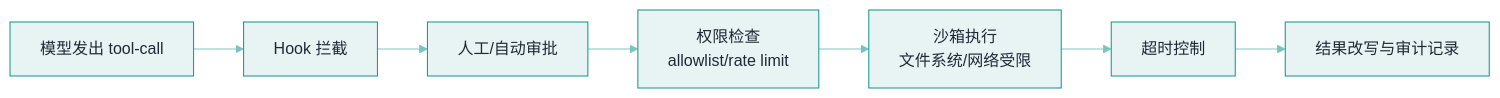
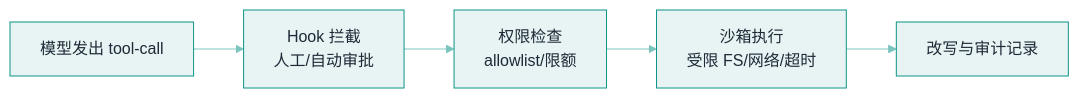
Before and after one commit to funny8kids/ai-agent-handbook: the diagram in docs/05-tool-protocol/tool-permission-sandbox.md, drawn with Mermaid. The commit also changed other lines of this file and 45 other files, not shown here.

First line of the commit message:
Thicken 12 thin pages, clear 25 over-width diagrams, re-proportion 10 thin-ribbon diagrams

````diff
--- a/docs/05-tool-protocol/tool-permission-sandbox.md
+++ b/docs/05-tool-protocol/tool-permission-sandbox.md
@@ -25,10 +25,8 @@
 ```mermaid
 %%{init: {"theme":"base","themeVariables":{"primaryColor":"#E7F4F3","primaryBorderColor":"#0D9488","primaryTextColor":"#1F2937","secondaryColor":"#CAE7E5","tertiaryColor":"#F5FBFA","lineColor":"#7AC4BE","actorBkg":"#ECF6F5","actorBorder":"#0D9488","actorTextColor":"#1F2937","signalColor":"#56B4AC","noteBkgColor":"#D3ECEA","noteBorderColor":"#0D9488","noteTextColor":"#1F2937","labelBoxBkgColor":"#E7F4F3","labelBoxBorderColor":"#0D9488"}}}%%
 flowchart LR
-  A[模型发出 tool-call] --> B[Hook 拦截]
-  B --> C[人工/自动审批]
-  C --> D[权限检查<br/>allowlist/rate limit]
-  D --> E[沙箱执行<br/>文件系统/网络受限]
-  E --> F[超时控制]
-  F --> G[结果改写与审计记录]
+  A[模型发出 tool-call] --> B["Hook 拦截<br/>人工/自动审批"]
+  B --> C["权限检查<br/>allowlist/限额"]
+  C --> D["沙箱执行<br/>受限 FS/网络/超时"]
+  D --> E[改写与审计记录]
 ```
````
